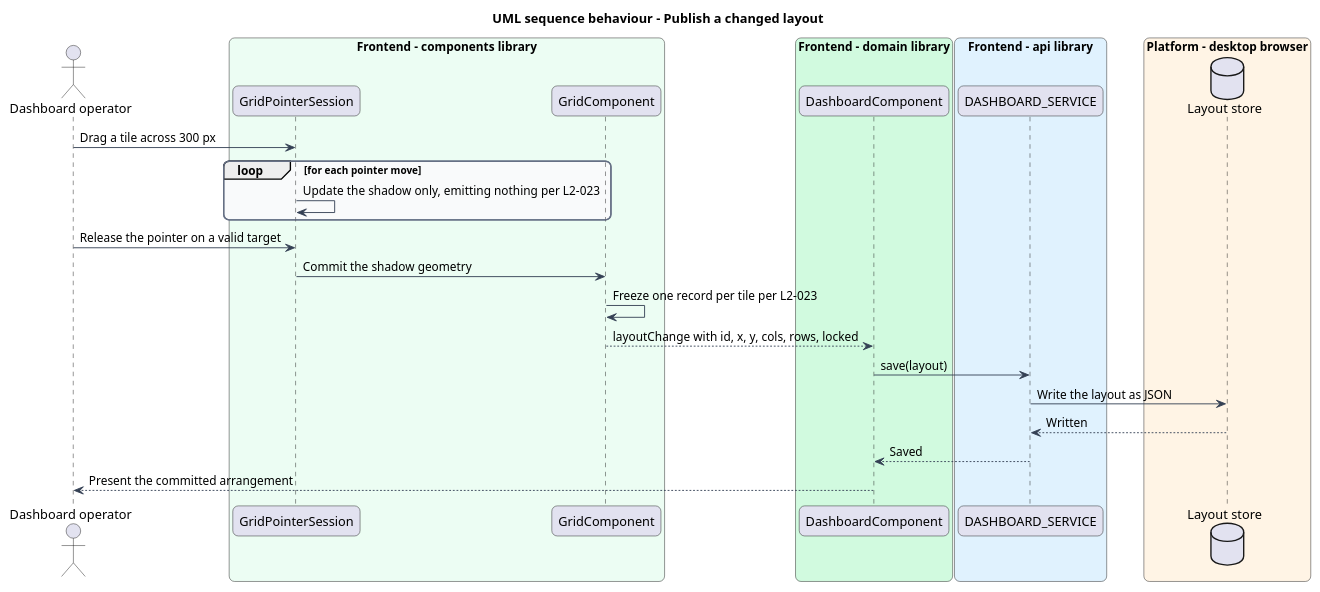
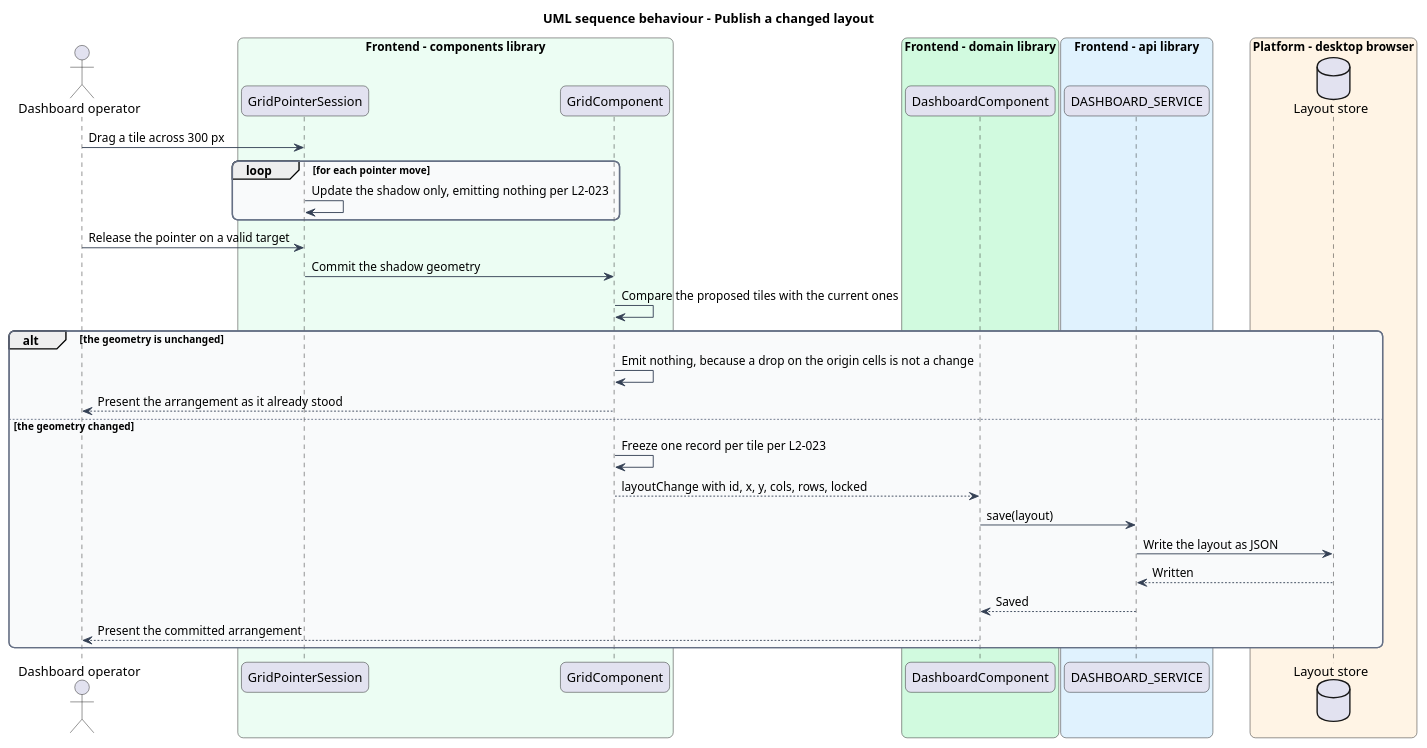
One commit to QuinntyneBrown/qbc-grid changed the diagram in docs/detailed-designs/grid-layout/publish-and-restore-layout/diagrams/sequence-publish.puml. Above: the diagram before and after it, drawn with PlantUML. The commit also changed 66 other files, not shown here.

```diff
--- a/docs/detailed-designs/grid-layout/publish-and-restore-layout/diagrams/sequence-publish.puml
+++ b/docs/detailed-designs/grid-layout/publish-and-restore-layout/diagrams/sequence-publish.puml
@@ -1,45 +1,51 @@
 @startuml
 title UML sequence behaviour - Publish a changed layout
 skinparam backgroundColor #FFFFFF
 skinparam shadowing false
 skinparam roundcorner 12
 skinparam defaultFontName Arial
 skinparam ArrowColor #344054
 skinparam rectangle {
   BorderColor #344054
   FontColor #101828
 }
 skinparam package {
   BorderColor #667085
   FontColor #101828
   BackgroundColor #F9FAFB
 }
 actor "Dashboard operator" as actor
 box "Frontend - components library" #ECFDF3
   participant "GridPointerSession" as session
   participant "GridComponent" as grid
 end box
 box "Frontend - domain library" #D1FADF
   participant "DashboardComponent" as dashboard
 end box
 box "Frontend - api library" #E0F2FE
   participant "DASHBOARD_SERVICE" as service
 end box
 box "Platform - desktop browser" #FFF4E5
   database "Layout store" as store
 end box
 
 actor -> session : Drag a tile across 300 px
 loop for each pointer move
   session -> session : Update the shadow only, emitting nothing per L2-023
 end
 actor -> session : Release the pointer on a valid target
 session -> grid : Commit the shadow geometry
-grid -> grid : Freeze one record per tile per L2-023
-grid --> dashboard : layoutChange with id, x, y, cols, rows, locked
-dashboard -> service : save(layout)
-service -> store : Write the layout as JSON
-store --> service : Written
-service --> dashboard : Saved
-dashboard --> actor : Present the committed arrangement
+grid -> grid : Compare the proposed tiles with the current ones
+alt the geometry is unchanged
+  grid -> grid : Emit nothing, because a drop on the origin cells is not a change
+  grid --> actor : Present the arrangement as it already stood
+else the geometry changed
+  grid -> grid : Freeze one record per tile per L2-023
+  grid --> dashboard : layoutChange with id, x, y, cols, rows, locked
+  dashboard -> service : save(layout)
+  service -> store : Write the layout as JSON
+  store --> service : Written
+  service --> dashboard : Saved
+  dashboard --> actor : Present the committed arrangement
+end
 @enduml
```
